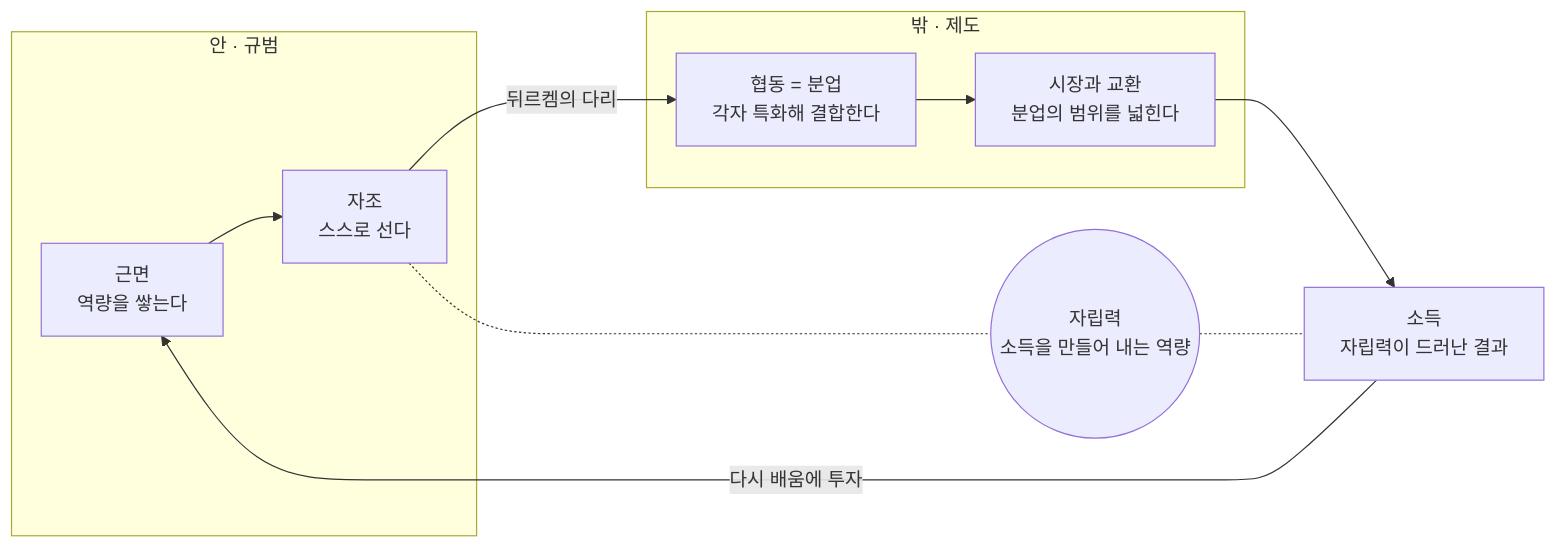
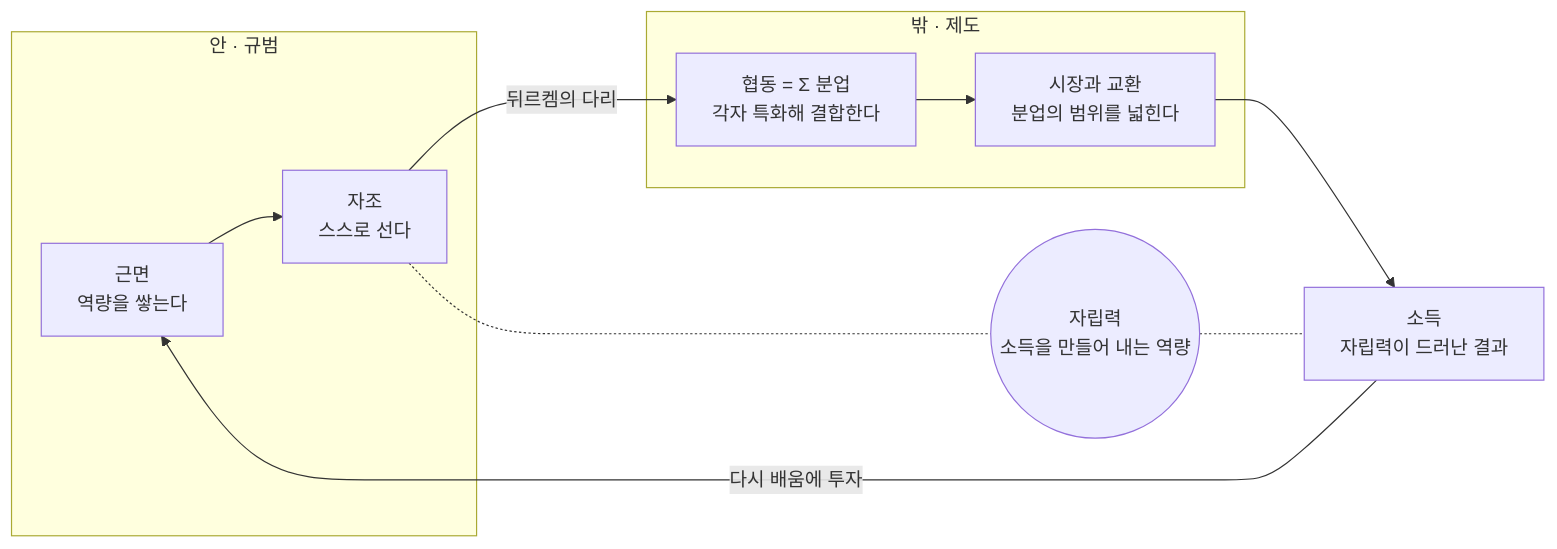
The diagram in README.ko.md (walktothemoone-creator/saemaul), drawn with Mermaid before and after one commit. The commit also changed other lines of this file and 3 other files, not shown here.

````diff
--- a/README.ko.md
+++ b/README.ko.md
@@ -52,15 +57,15 @@
 ```mermaid
 flowchart LR
     subgraph inward["안 · 규범"]
         A["근면<br/>역량을 쌓는다"] --> B["자조<br/>스스로 선다"]
     end
     subgraph outward["밖 · 제도"]
-        C["협동 = 분업<br/>각자 특화해 결합한다"] --> D["시장과 교환<br/>분업의 범위를 넓힌다"]
+        C["협동 = Σ 분업<br/>각자 특화해 결합한다"] --> D["시장과 교환<br/>분업의 범위를 넓힌다"]
     end
     B -->|"뒤르켐의 다리"| C
     D --> E["소득<br/>자립력이 드러난 결과"]
     E -->|"다시 배움에 투자"| A
     F(("자립력<br/>소득을 만들어 내는 역량"))
     B -.- F
     F -.- E
 ```
````
